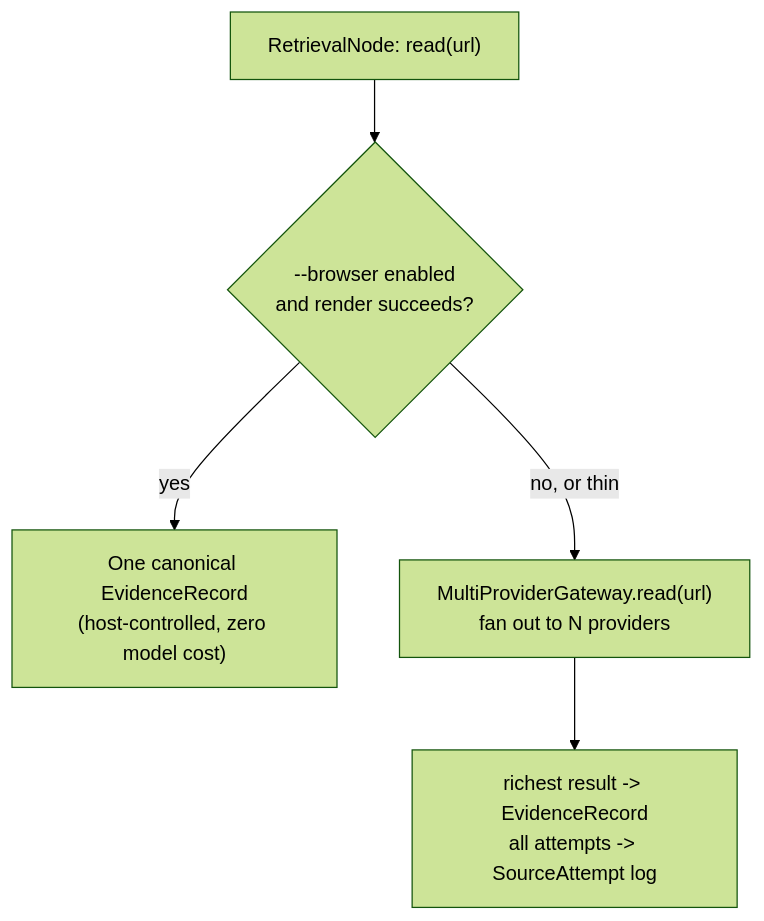
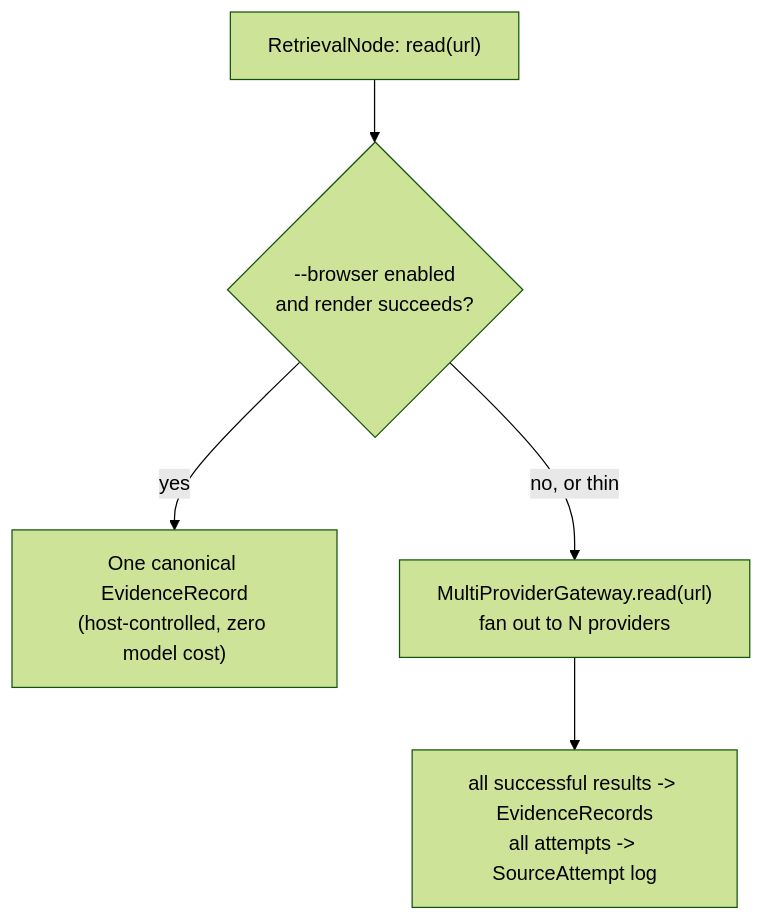
Before and after one commit to mdfranz/pydagy-research: the third of 3 diagrams in MULTI-PROVIDER-PLAN.md, drawn with Mermaid (forest theme). The commit also changed other lines of this file and 3 other files, not shown here.

````diff
--- a/MULTI-PROVIDER-PLAN.md
+++ b/MULTI-PROVIDER-PLAN.md
@@ -247,7 +353,7 @@
 ```mermaid
 flowchart TD
     Read["RetrievalNode: read(url)"] --> Browser{"--browser enabled<br/>and render succeeds?"}
     Browser -- yes --> Canonical["One canonical EvidenceRecord<br/>(host-controlled, zero model cost)"]
     Browser -- "no, or thin" --> MultiP["MultiProviderGateway.read(url)<br/>fan out to N providers"]
-    MultiP --> Pick["richest result -> EvidenceRecord<br/>all attempts -> SourceAttempt log"]
+    MultiP --> Keep["all successful results -> EvidenceRecords<br/>all attempts -> SourceAttempt log"]
 ```
````
